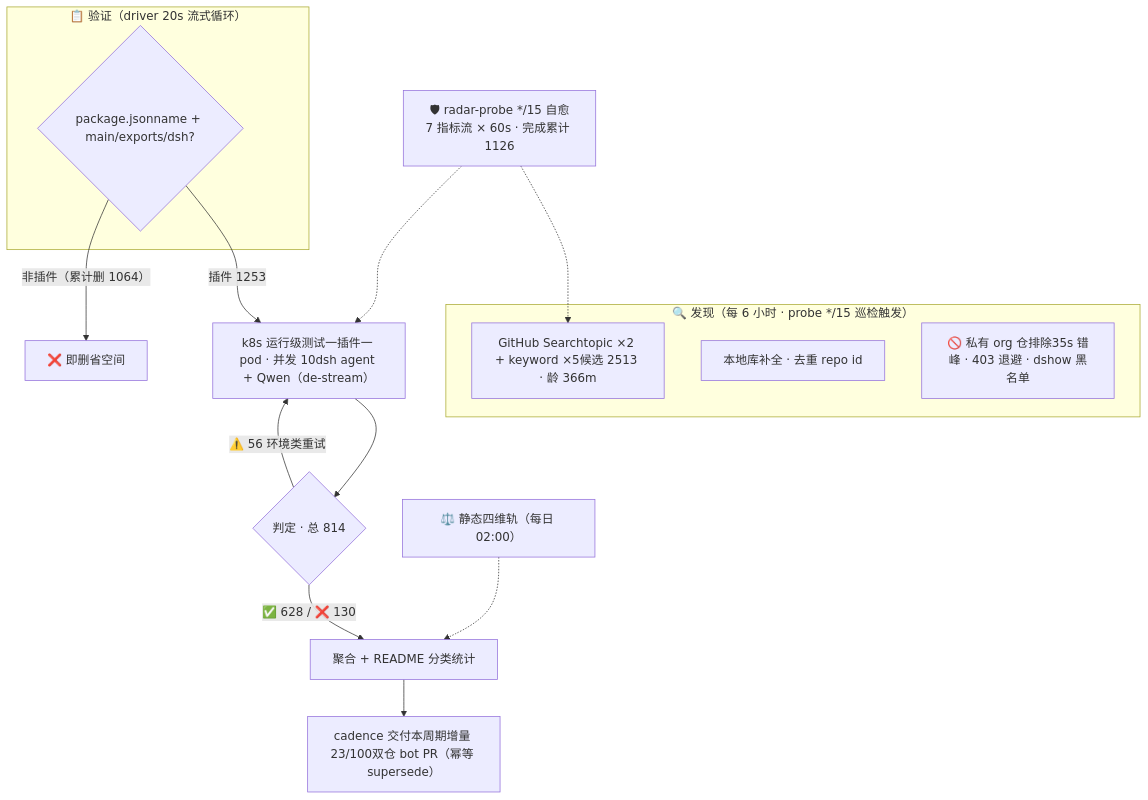
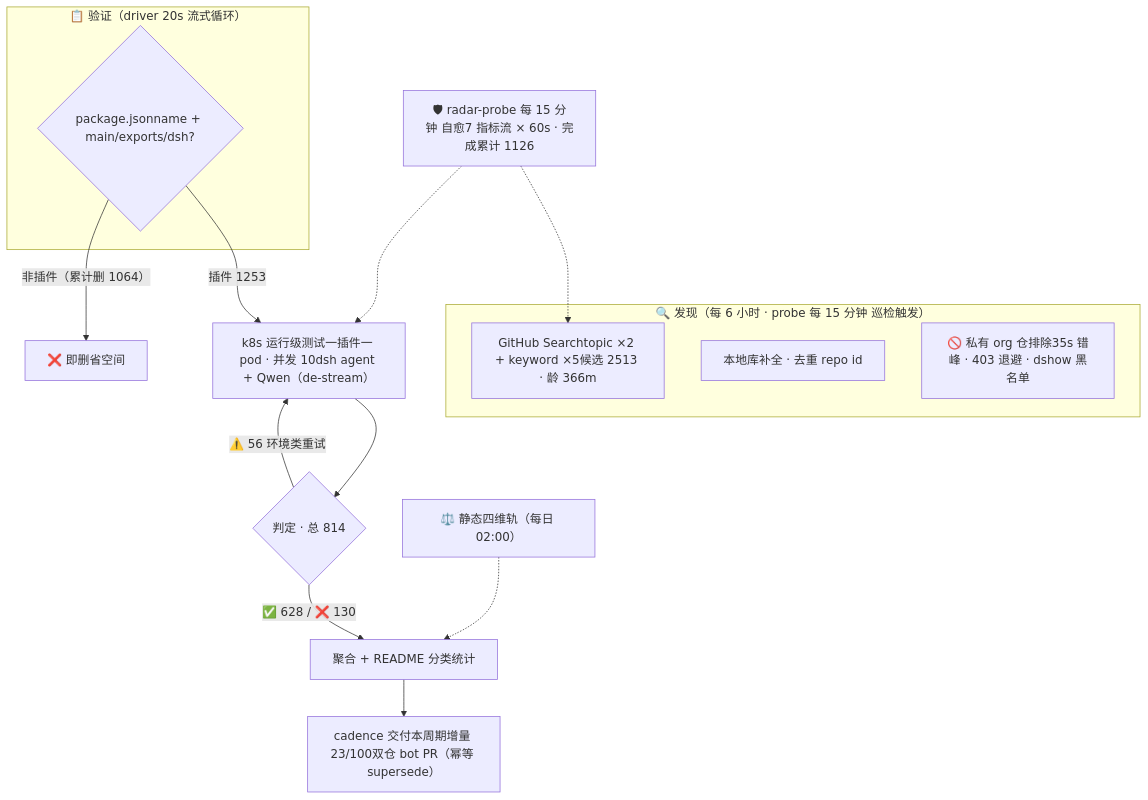
One commit to rockeymen/dsh-plugins changed the diagram in readmes-clean/adamplatin123-awesome-dsh-plugins.md. Above: the diagram before and after it, drawn with Mermaid. The commit also changed other lines of this file and 305 other files, not shown here.

````diff
--- a/readmes-clean/adamplatin123-awesome-dsh-plugins.md
+++ b/readmes-clean/adamplatin123-awesome-dsh-plugins.md
@@ -13,20 +21,20 @@
 ```mermaid
 flowchart TB
-    subgraph Discovery["🔍 发现（每 6 小时 · probe */15 巡检触发）"]
+    subgraph Discovery["🔍 发现（每 6 小时 · probe 每 15 分钟 巡检触发）"]
         A1["GitHub Searchtopic ×2 + keyword ×5候选 2513 · 龄 366m"]
         A2["本地库补全 · 去重 repo id"]
         A3["🚫 私有 org 仓排除35s 错峰 · 403 退避 · dshow 黑名单"]
     end
     subgraph Validation["📋 验证（driver 20s 流式循环）"]
         B1{"package.jsonname + main/exports/dsh?"}
     end
     B1 -->|"插件 1253"| C1["k8s 运行级测试一插件一 pod · 并发 10dsh agent + Qwen（de-stream）"]
     B1 -->|"非插件（累计删 1064）"| B3["❌ 即删省空间"]
     C1 --> D1{"判定 · 总 814"}
     D1 -->|"✅ 628 / ❌ 130"| E1["聚合 + README 分类统计"]
     D1 -->|"⚠️ 56 环境类重试"| C1
     E1 --> E2["cadence 交付本周期增量 23/100双仓 bot PR（幂等 supersede）"]
     S["⚖️ 静态四维轨（每日 02:00）"] -.-> E1
-    M["🛡 radar-probe */15 自愈7 指标流 × 60s · 完成累计 1126"] -.-> A1
+    M["🛡 radar-probe 每 15 分钟 自愈7 指标流 × 60s · 完成累计 1126"] -.-> A1
     M -.-> C1
 ```
````
